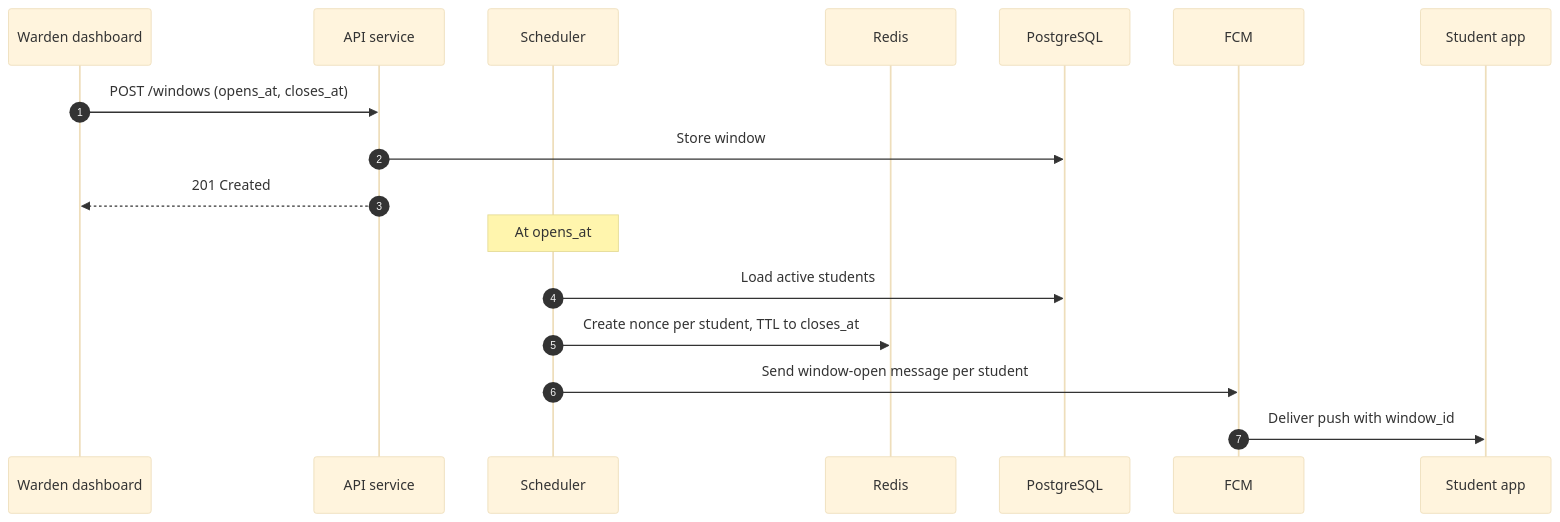
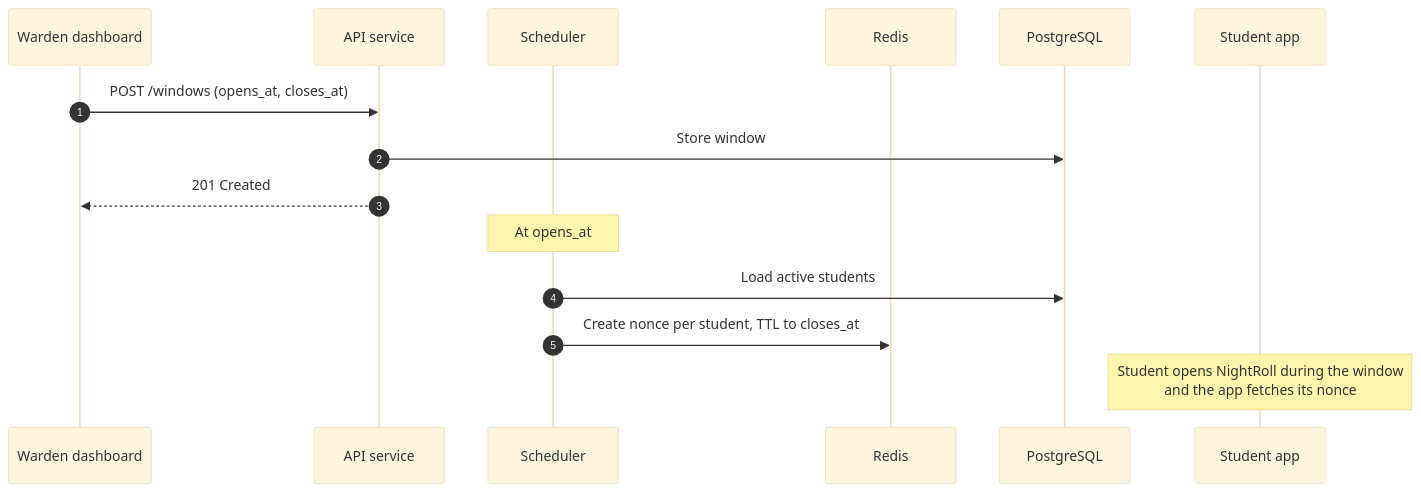
Before and after one commit to Rahul-8283/NightRoll: the fourth of 10 diagrams in docs/architecture.md, drawn with Mermaid (base theme). The commit also changed other lines of this file and 14 other files, not shown here.

Commit message:
docs: replace Firebase push with open-app model across docs and phases

````diff
--- a/docs/architecture.md
+++ b/docs/architecture.md
@@ -218,20 +211,18 @@
 ```mermaid
 sequenceDiagram
     autonumber
     participant W as Warden dashboard
     participant API as API service
     participant S as Scheduler
     participant R as Redis
     participant DB as PostgreSQL
-    participant F as FCM
     participant A as Student app
 
     W->>API: POST /windows (opens_at, closes_at)
     API->>DB: Store window
     API-->>W: 201 Created
     Note over S: At opens_at
     S->>DB: Load active students
     S->>R: Create nonce per student, TTL to closes_at
-    S->>F: Send window-open message per student
-    F->>A: Deliver push with window_id
+    Note over A: Student opens NightRoll during the window<br/>and the app fetches its nonce
 ```
````
